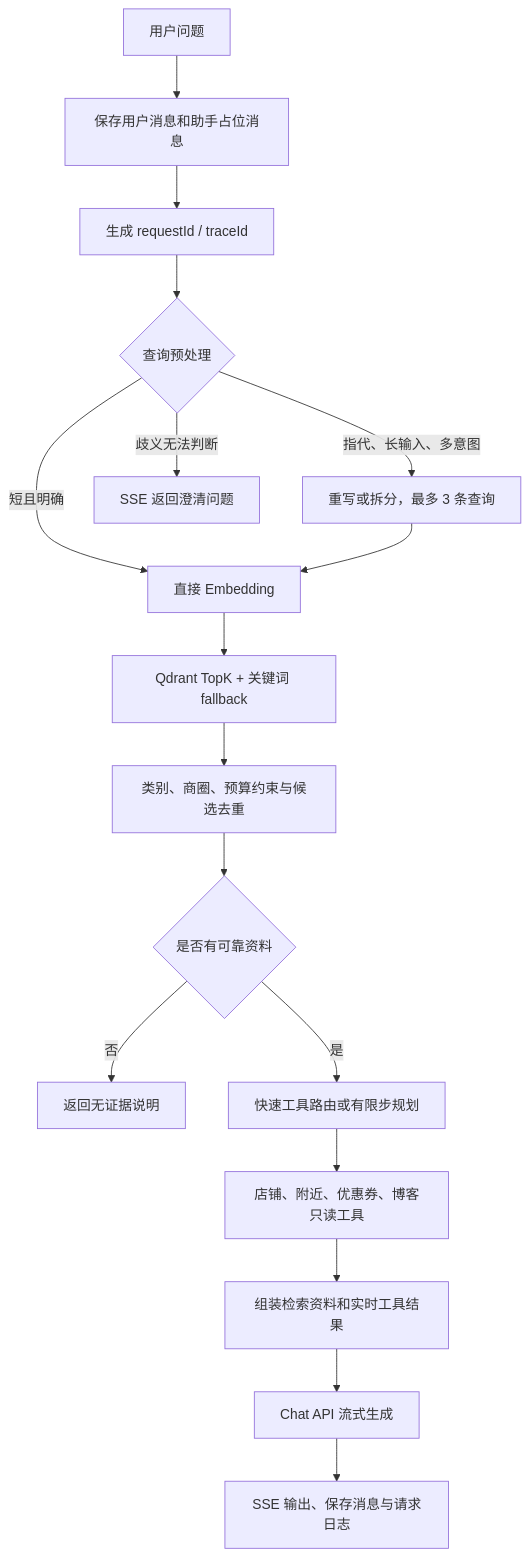
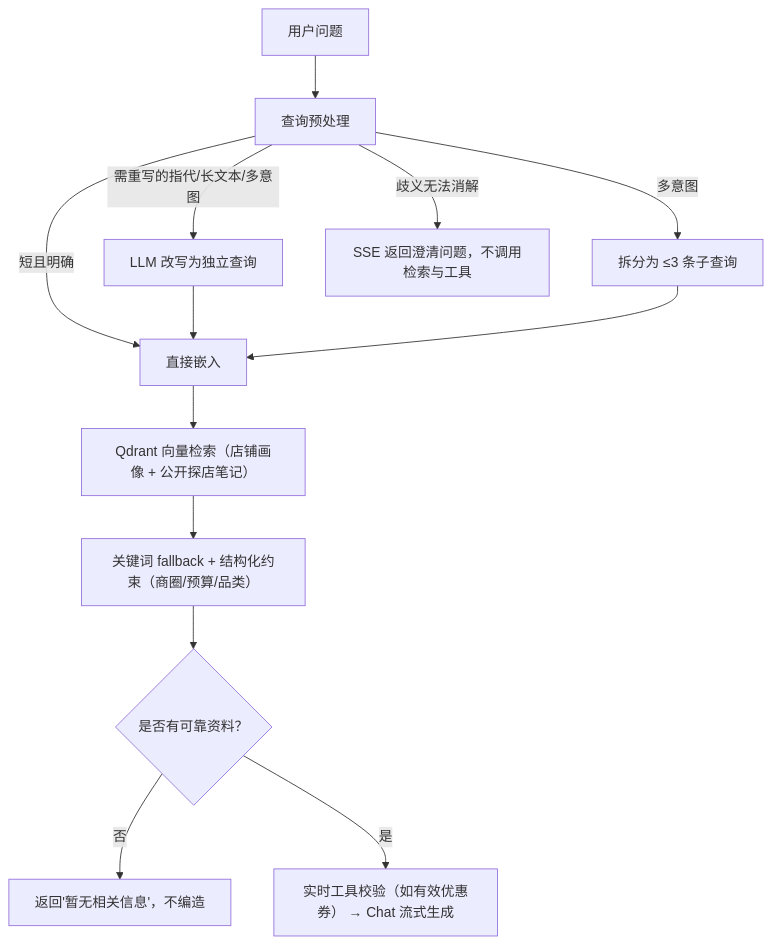
Before and after one commit to llyyyq/niche-review: the fourth of 5 diagrams in README.md, drawn with Mermaid. The commit also changed other lines of this file and 44 other files, not shown here.

````diff
--- a/README.md
+++ b/README.md
@@ -144,19 +191,15 @@
 ```mermaid
 flowchart TD
-    A["用户问题"] --> B["保存用户消息和助手占位消息"]
-    B --> C["生成 requestId / traceId"]
-    C --> D{"查询预处理"}
-    D -- "短且明确" --> E["直接 Embedding"]
-    D -- "指代、长输入、多意图" --> F["重写或拆分，最多 3 条查询"]
-    D -- "歧义无法判断" --> G["SSE 返回澄清问题"]
-    F --> E
-    E --> H["Qdrant TopK + 关键词 fallback"]
-    H --> I["类别、商圈、预算约束与候选去重"]
-    I --> J{"是否有可靠资料"}
-    J -- "否" --> K["返回无证据说明"]
-    J -- "是" --> L["快速工具路由或有限步规划"]
-    L --> M["店铺、附近、优惠券、博客只读工具"]
-    M --> N["组装检索资料和实时工具结果"]
-    N --> O["Chat API 流式生成"]
-    O --> P["SSE 输出、保存消息与请求日志"]
+    A["用户问题"] --> B["查询预处理"]
+    B -- "需重写的指代/长文本/多意图" --> C["LLM 改写为独立查询"]
+    B -- "多意图" --> D["拆分为 ≤3 条子查询"]
+    B -- "歧义无法消解" --> E["SSE 返回澄清问题，不调用检索与工具"]
+    B -- "短且明确" --> F["直接嵌入"]
+    C --> F
+    D --> F
+    F --> G["Qdrant 向量检索（店铺画像 + 公开探店笔记）"]
+    G --> H["关键词 fallback + 结构化约束（商圈/预算/品类）"]
+    H --> I{"是否有可靠资料？"}
+    I -- "否" --> J["返回'暂无相关信息'，不编造"]
+    I -- "是" --> K["实时工具校验（如有效优惠券） → Chat 流式生成"]
 ```
````
